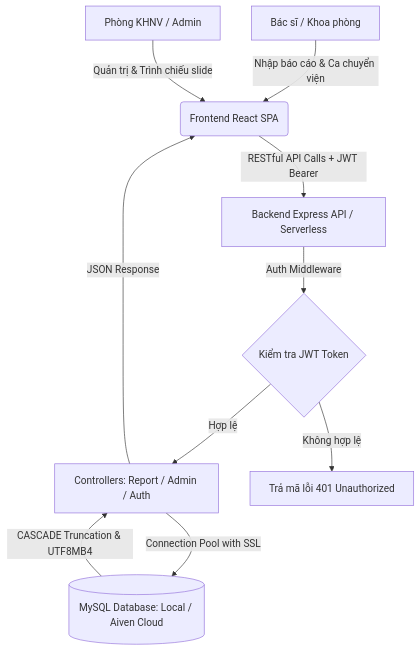
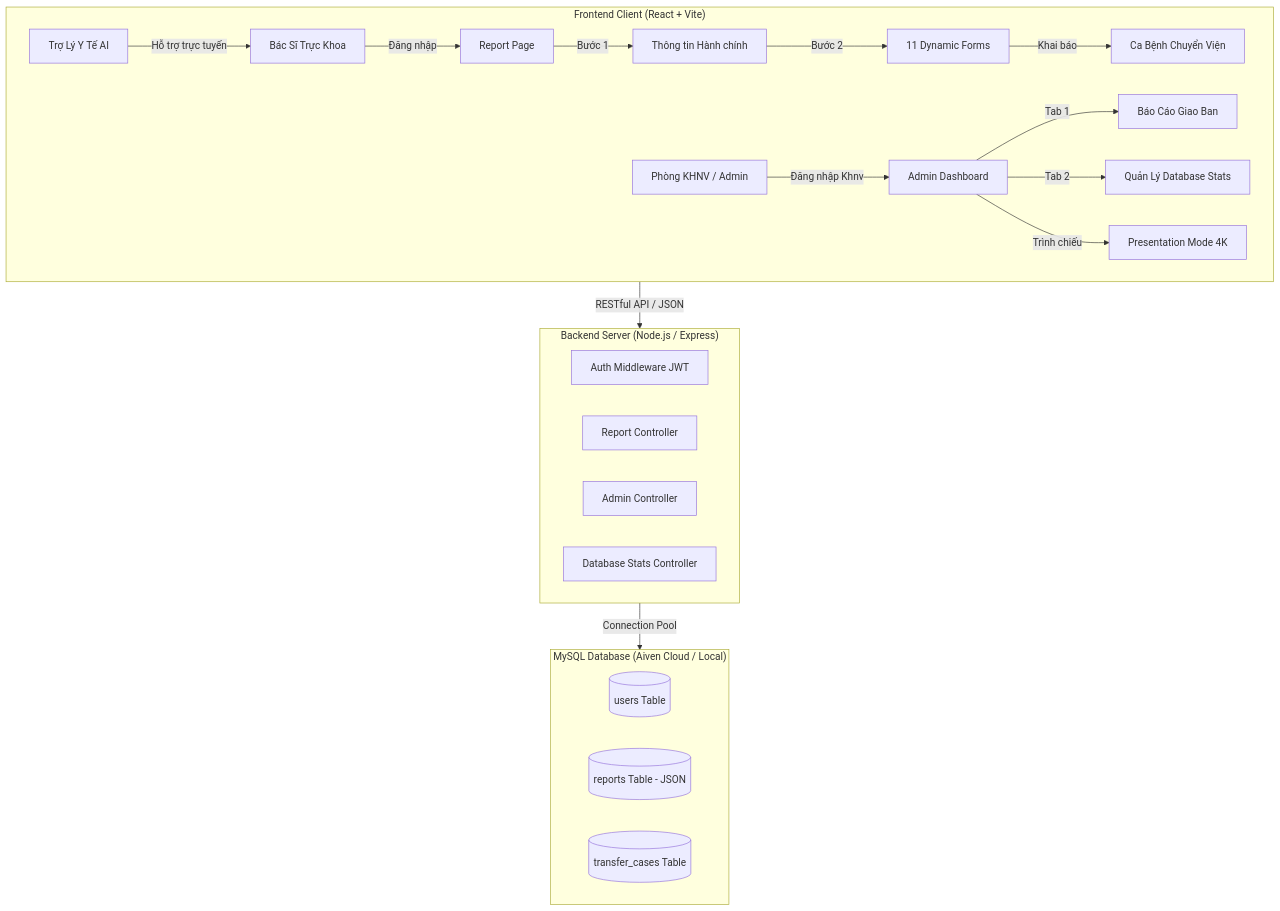
Before and after one commit to UIBreaker/Hospital-Report-System: the diagram in README.md, drawn with Mermaid. The commit also changed other lines of this file, not shown here.

Commit message:
docs: update README.md with comprehensive feature documentation including database management, playwright testing, and modern architecture

````diff
--- a/README.md
+++ b/README.md
@@ -155,16 +183,32 @@
 ```mermaid
-graph TD
-    A[Bác sĩ / Khoa phòng] -->|Nhập báo cáo & Ca chuyển viện| B(Frontend React SPA)
-    K[Phòng KHNV / Admin] -->|Quản trị & Trình chiếu slide| B
-    
-    B -->|RESTful API Calls + JWT Bearer| C[Backend Express API / Serverless]
-    
-    C -->|Auth Middleware| D{Kiểm tra JWT Token}
-    D -->|Hợp lệ| E[Controllers: Report / Admin / Auth]
-    D -->|Không hợp lệ| F[Trả mã lỗi 401 Unauthorized]
-    
-    E -->|Connection Pool with SSL| G[(MySQL Database: Local / Aiven Cloud)]
-    
-    G -->|CASCADE Truncation & UTF8MB4| E
-    E -->|JSON Response| B
+flowchart TD
+    subgraph Client["Frontend Client (React + Vite)"]
+        A[Bác Sĩ Trực Khoa] -->|Đăng nhập| B[Report Page]
+        B -->|Bước 1| C[Thông tin Hành chính]
+        C -->|Bước 2| D[11 Dynamic Forms]
+        D -->|Khai báo| E[Ca Bệnh Chuyển Viện]
+        
+        F[Phòng KHNV / Admin] -->|Đăng nhập Khnv| G[Admin Dashboard]
+        G -->|Tab 1| H[Báo Cáo Giao Ban]
+        G -->|Tab 2| I[Quản Lý Database Stats]
+        G -->|Trình chiếu| J[Presentation Mode 4K]
+        
+        K[Trợ Lý Y Tế AI] -->|Hỗ trợ trực tuyến| A
+    end
+
+    subgraph Server["Backend Server (Node.js / Express)"]
+        L[Auth Middleware JWT]
+        M[Report Controller]
+        N[Admin Controller]
+        O[Database Stats Controller]
+    end
+
+    subgraph Database["MySQL Database (Aiven Cloud / Local)"]
+        P[(users Table)]
+        Q[(reports Table - JSON)]
+        R[(transfer_cases Table)]
+    end
+
+    Client -->|RESTful API / JSON| Server
+    Server -->|Connection Pool| Database
 ```
````
